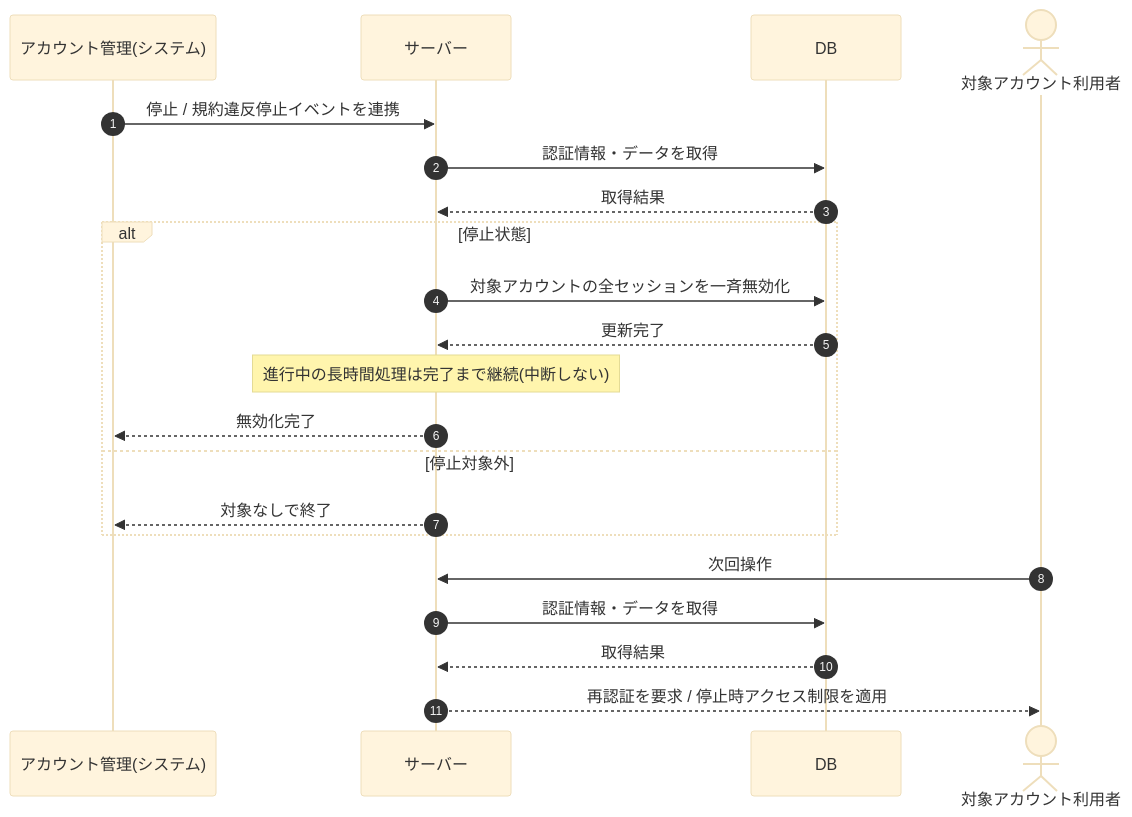
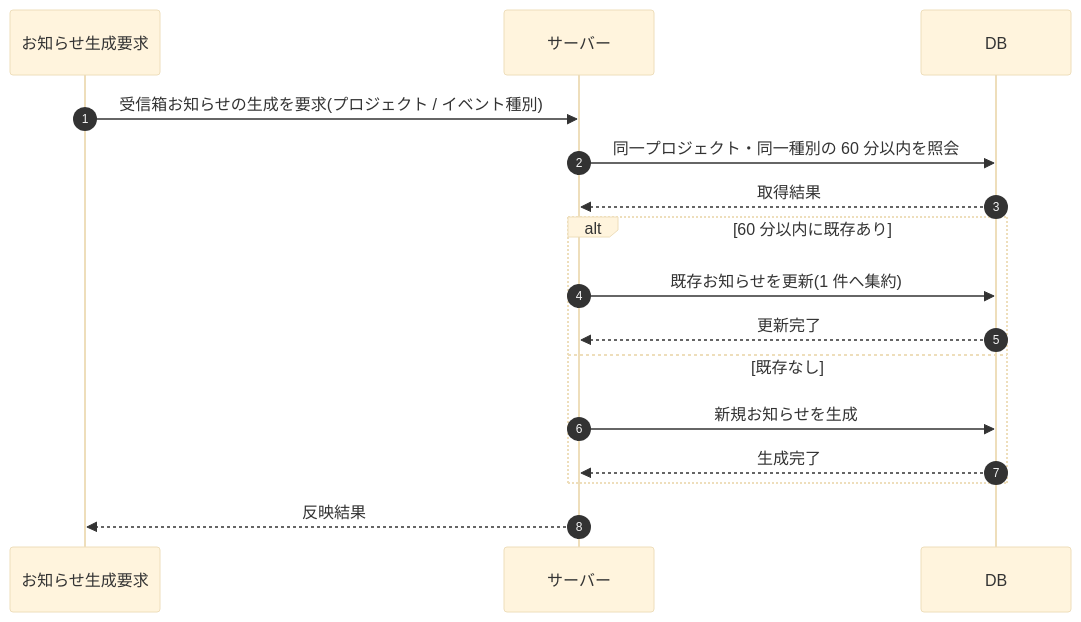
Before and after one commit to sikakou54/open-faq: the diagram in 02_basic_design/03_sequences/SEQ-104.md, drawn with Mermaid (base theme). The commit also changed other lines of this file and 395 other files, not shown here.

````diff
--- a/02_basic_design/03_sequences/SEQ-104.md
+++ b/02_basic_design/03_sequences/SEQ-104.md
@@ -25,23 +25,18 @@
 ```mermaid
 sequenceDiagram
   autonumber
-  participant OP as アカウント管理(システム)
+  participant G as お知らせ生成要求
   participant Server as サーバー
   participant DB as DB
-  actor U as 対象アカウント利用者
-  OP->>Server: 停止 / 規約違反停止イベントを連携
-  Server->>DB: 認証情報・データを取得
+  G->>Server: 受信箱お知らせの生成を要求(プロジェクト / イベント種別)
+  Server->>DB: 同一プロジェクト・同一種別の 60 分以内を照会
   DB-->>Server: 取得結果
-  alt 停止状態
-    Server->>DB: 対象アカウントの全セッションを一斉無効化
+  alt 60 分以内に既存あり
+    Server->>DB: 既存お知らせを更新(1 件へ集約)
     DB-->>Server: 更新完了
-    Note over Server: 進行中の長時間処理は完了まで継続(中断しない)
-    Server-->>OP: 無効化完了
-  else 停止対象外
-    Server-->>OP: 対象なしで終了
+  else 既存なし
+    Server->>DB: 新規お知らせを生成
+    DB-->>Server: 生成完了
   end
-  U->>Server: 次回操作
-  Server->>DB: 認証情報・データを取得
-  DB-->>Server: 取得結果
-  Server-->>U: 再認証を要求 / 停止時アクセス制限を適用
+  Server-->>G: 反映結果
 ```
````
